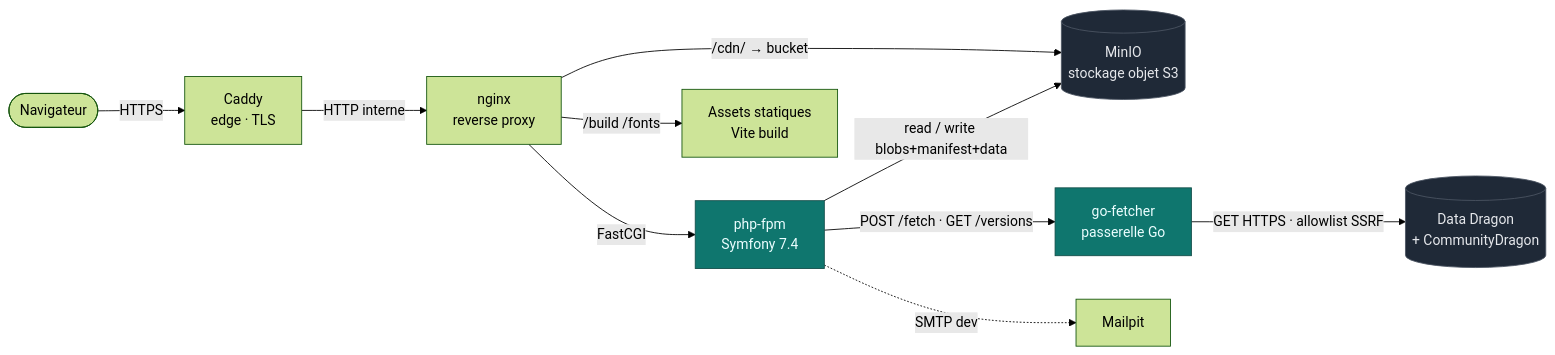
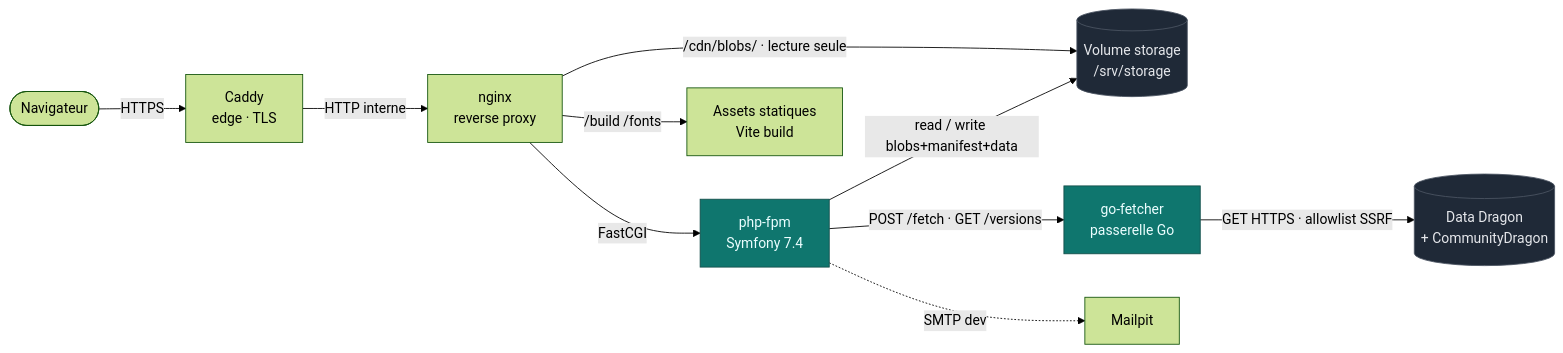
Before and after one commit to LINDECKER-Charles/LeagueOfDataBaseFinal: the first of 7 diagrams in README.md, drawn with Mermaid (forest theme). The commit also changed other lines of this file and 109 other files, not shown here.

Commit message:
refactor(full-stack/stockage): remplacer minio par un volume docker local

````diff
--- a/README.md
+++ b/README.md
@@ -202,20 +202,20 @@
 ```mermaid
 flowchart LR
     U([Navigateur]) -->|HTTPS| Caddy[Caddy<br/>edge · TLS]
     Caddy -->|HTTP interne| Nginx[nginx<br/>reverse proxy]
 
     Nginx -->|FastCGI| PHP[php-fpm<br/>Symfony 7.4]
-    Nginx -->|/cdn/ → bucket| MinIO[(MinIO<br/>stockage objet S3)]
+    Nginx -->|/cdn/blobs/ · lecture seule| Storage[(Volume storage<br/>/srv/storage)]
     Nginx -->|/build /fonts| Static[Assets statiques<br/>Vite build]
 
     PHP -->|POST /fetch · GET /versions| Go[go-fetcher<br/>passerelle Go]
-    PHP -->|read / write blobs+manifest+data| MinIO
+    PHP -->|read / write blobs+manifest+data| Storage
     PHP -.->|SMTP dev| Mail[Mailpit]
 
     Go -->|GET HTTPS · allowlist SSRF| DDragon[(Data Dragon<br/>+ CommunityDragon)]
 
     classDef ext fill:#1f2937,stroke:#4b5563,color:#e5e7eb
     classDef core fill:#0f766e,stroke:#134e4a,color:#ecfeff
-    class DDragon,MinIO ext
+    class DDragon,Storage ext
     class PHP,Go core
 ```
````
